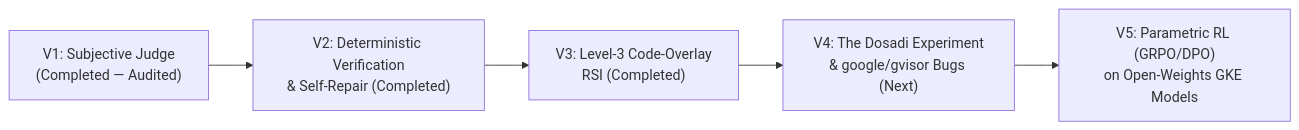
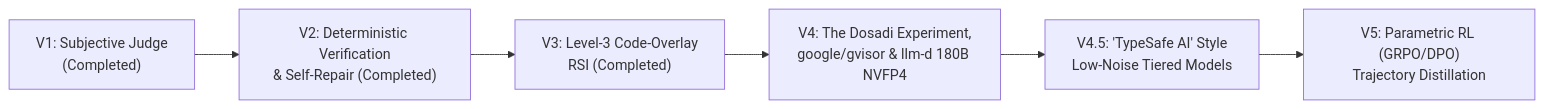
Before and after one commit to SinaChavoshi/hierarchical-agent-evolution: the diagram in README.md, drawn with Mermaid. The commit also changed other lines of this file and 1 other file, not shown here.

Commit message:
docs(roadmap): add V4.5 TypeSafe AI low-noise tiered models and V4 llm-d KV-cache offloading with Qwen3.8-Flash-Next-NVFP4 180B

````diff
--- a/README.md
+++ b/README.md
@@ -44,7 +44,8 @@
 ```mermaid
 flowchart LR
-    V1["V1: Subjective Judge<br/>(Completed — Audited)"] --> V2["V2: Deterministic Verification<br/>& Self-Repair (Completed)"]
+    V1["V1: Subjective Judge<br/>(Completed)"] --> V2["V2: Deterministic Verification<br/>& Self-Repair (Completed)"]
     V2 --> V3["V3: Level-3 Code-Overlay<br/>RSI (Completed)"]
-    V3 --> V4["V4: The Dosadi Experiment<br/>& google/gvisor Bugs (Next)"]
-    V4 --> V5["V5: Parametric RL (GRPO/DPO)<br/>on Open-Weights GKE Models"]
+    V3 --> V4["V4: The Dosadi Experiment,<br/>google/gvisor & llm-d 180B NVFP4"]
+    V4 --> V45["V4.5: 'TypeSafe AI' Style<br/>Low-Noise Tiered Models"]
+    V45 --> V5["V5: Parametric RL (GRPO/DPO)<br/>Trajectory Distillation"]
 ```
````
